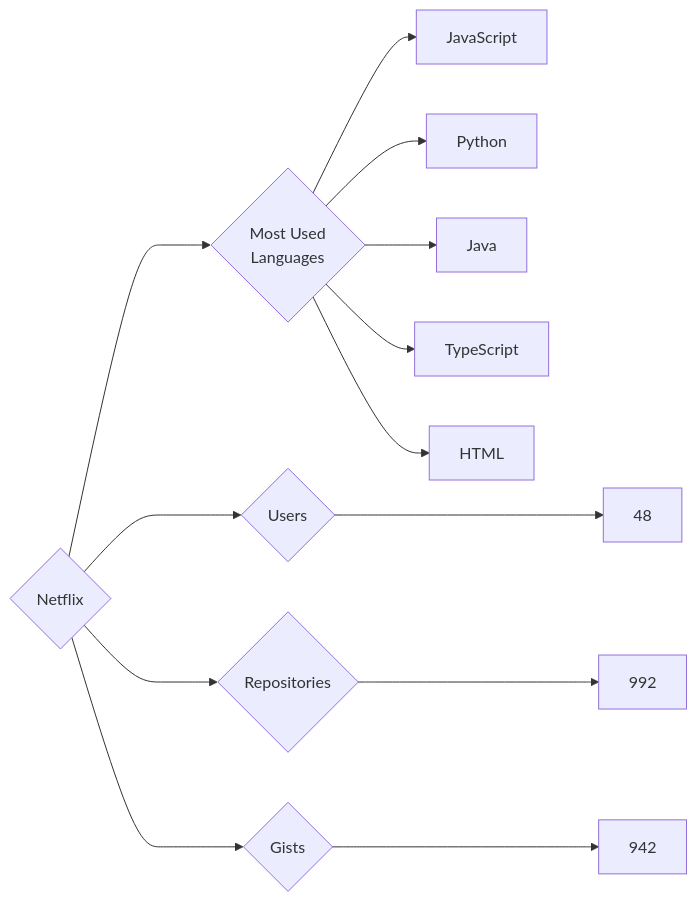
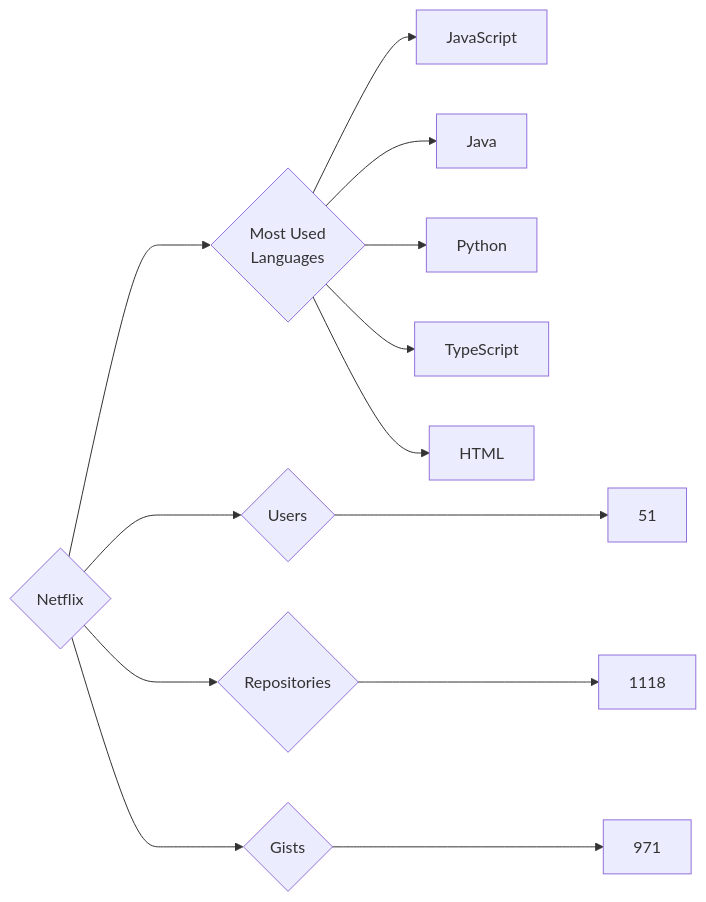
The diagram in targets/Netflix/README.md (trickest/insiders), drawn with Mermaid before and after one commit. The commit also changed 814 other files, not shown here.

````diff
--- a/targets/Netflix/README.md
+++ b/targets/Netflix/README.md
@@ -3,13 +3,13 @@
 ```mermaid
 graph LR
 COMPANY_NAME{Netflix}
-COMPANY_NAME ---> U{Users} ---> UN[48]
-COMPANY_NAME ---> R{Repositories} ---> RN[992]
-COMPANY_NAME ---> G{Gists} ---> GN[942]
+COMPANY_NAME ---> U{Users} ---> UN[51]
+COMPANY_NAME ---> R{Repositories} ---> RN[1118]
+COMPANY_NAME ---> G{Gists} ---> GN[971]
 COMPANY_NAME ---> ML{Most Used<br>Languages}
 ML --> JavaScript[JavaScript]
+ML --> Java[Java]
 ML --> Python[Python]
-ML --> Java[Java]
 ML --> TypeScript[TypeScript]
 ML --> HTML[HTML]
 ```
````
